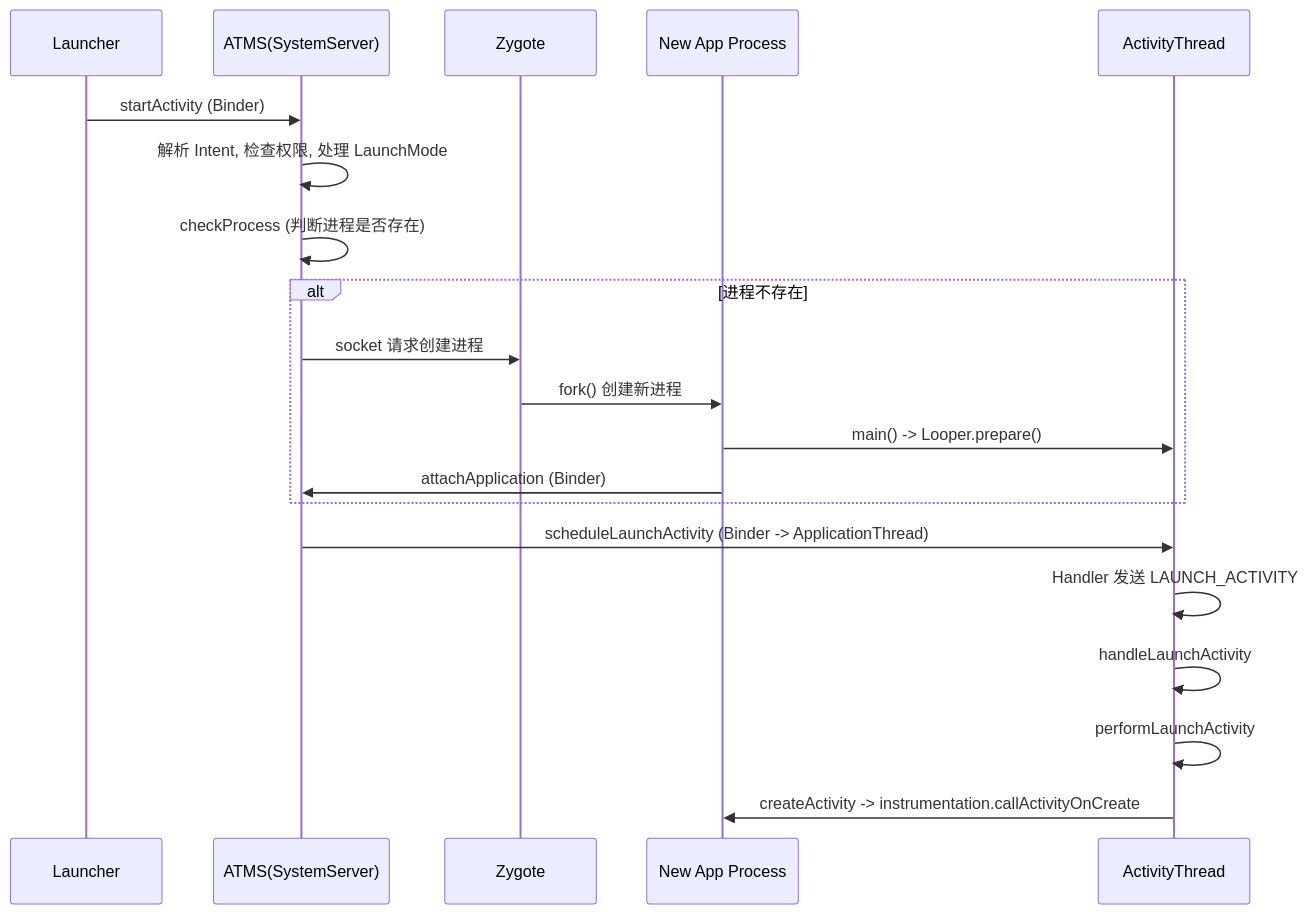
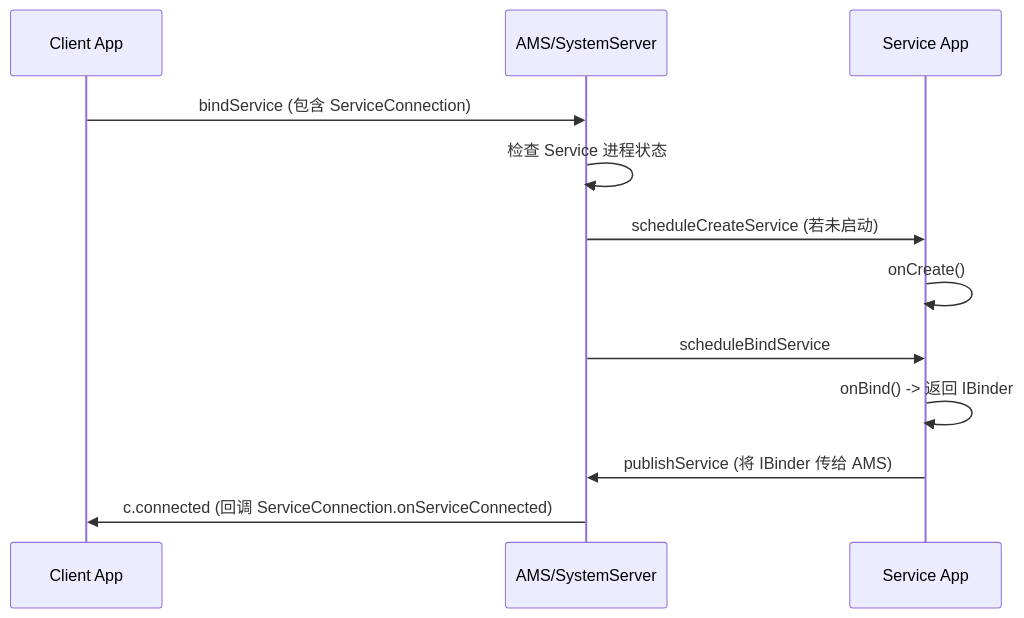
One commit to timeisthe/iodraw-files changed the diagram in all/未命名.md. Above: the diagram before and after it, drawn with Mermaid.

Commit message:
2025-12-15 09:22:21 update

````diff
--- a/all/未命名.md
+++ b/all/未命名.md
@@ -1,25 +1,15 @@
 ```mermaid
 sequenceDiagram
-    participant Launcher
-    participant ATMS as ATMS(SystemServer)
-    participant Zygote
-    participant App as New App Process
-    participant Thread as ActivityThread
+    participant Client as Client App
+    participant AMS as AMS/SystemServer
+    participant Service as Service App
 
-    Launcher->>ATMS: startActivity (Binder)
-    ATMS->>ATMS: 解析 Intent, 检查权限, 处理 LaunchMode
-    ATMS->>ATMS: checkProcess (判断进程是否存在)
-    
-    alt 进程不存在
-        ATMS->>Zygote: socket 请求创建进程
-        Zygote->>App: fork() 创建新进程
-        App->>Thread: main() -> Looper.prepare()
-        App->>ATMS: attachApplication (Binder)
-    end
-
-    ATMS->>Thread: scheduleLaunchActivity (Binder -> ApplicationThread)
-    Thread->>Thread: Handler 发送 LAUNCH_ACTIVITY
-    Thread->>Thread: handleLaunchActivity
-    Thread->>Thread: performLaunchActivity
-    Thread->>App: createActivity -> instrumentation.callActivityOnCreate
+    Client->>AMS: bindService (包含 ServiceConnection)
+    AMS->>AMS: 检查 Service 进程状态
+    AMS->>Service: scheduleCreateService (若未启动)
+    Service->>Service: onCreate()
+    AMS->>Service: scheduleBindService
+    Service->>Service: onBind() -> 返回 IBinder
+    Service->>AMS: publishService (将 IBinder 传给 AMS)
+    AMS->>Client: c.connected (回调 ServiceConnection.onServiceConnected)
 ```
````
